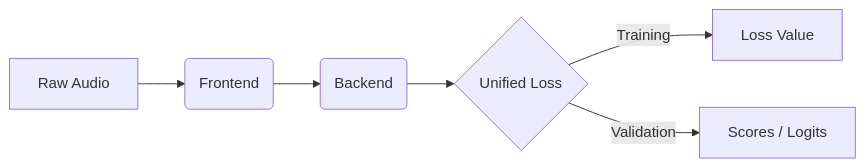
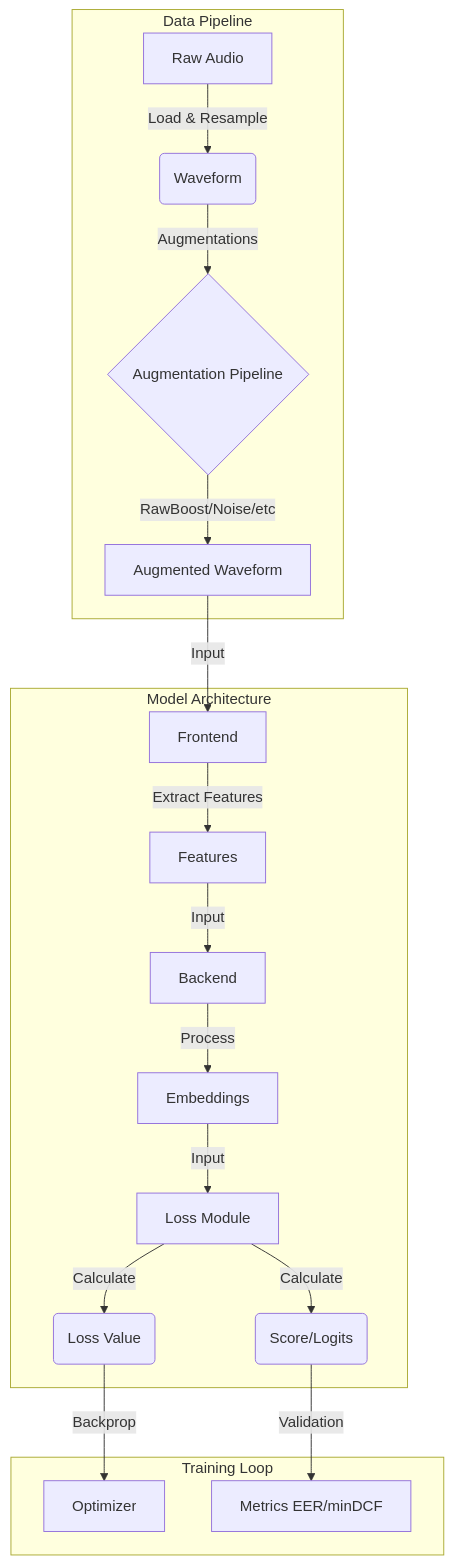
The diagram in docs/architecture.md (Yaselley/deepfense-framework), drawn with Mermaid before and after one commit. The commit also changed other lines of this file and 22 other files, not shown here.

````diff
--- a/docs/architecture.md
+++ b/docs/architecture.md
@@ -13,8 +11,23 @@
 ```mermaid
-graph LR
-    A[Raw Audio] --> B(Frontend);
-    B --> C(Backend);
-    C --> D{Unified Loss};
-    D -- Training --> E[Loss Value];
-    D -- Validation --> F[Scores / Logits];
+graph TD
+    subgraph Data Pipeline
+        A[Raw Audio] -->|Load & Resample| B(Waveform)
+        B -->|Augmentations| C{Augmentation Pipeline}
+        C -->|RawBoost/Noise/etc| D[Augmented Waveform]
+    end
+
+    subgraph Model Architecture
+        D -->|Input| E[Frontend]
+        E -->|Extract Features| F[Features]
+        F -->|Input| G[Backend]
+        G -->|Process| H[Embeddings]
+        H -->|Input| I[Loss Module]
+        I -->|Calculate| J(Loss Value)
+        I -->|Calculate| K(Score/Logits)
+    end
+
+    subgraph Training Loop
+        J -->|Backprop| L[Optimizer]
+        K -->|Validation| M[Metrics EER/minDCF]
+    end
 ```
````
